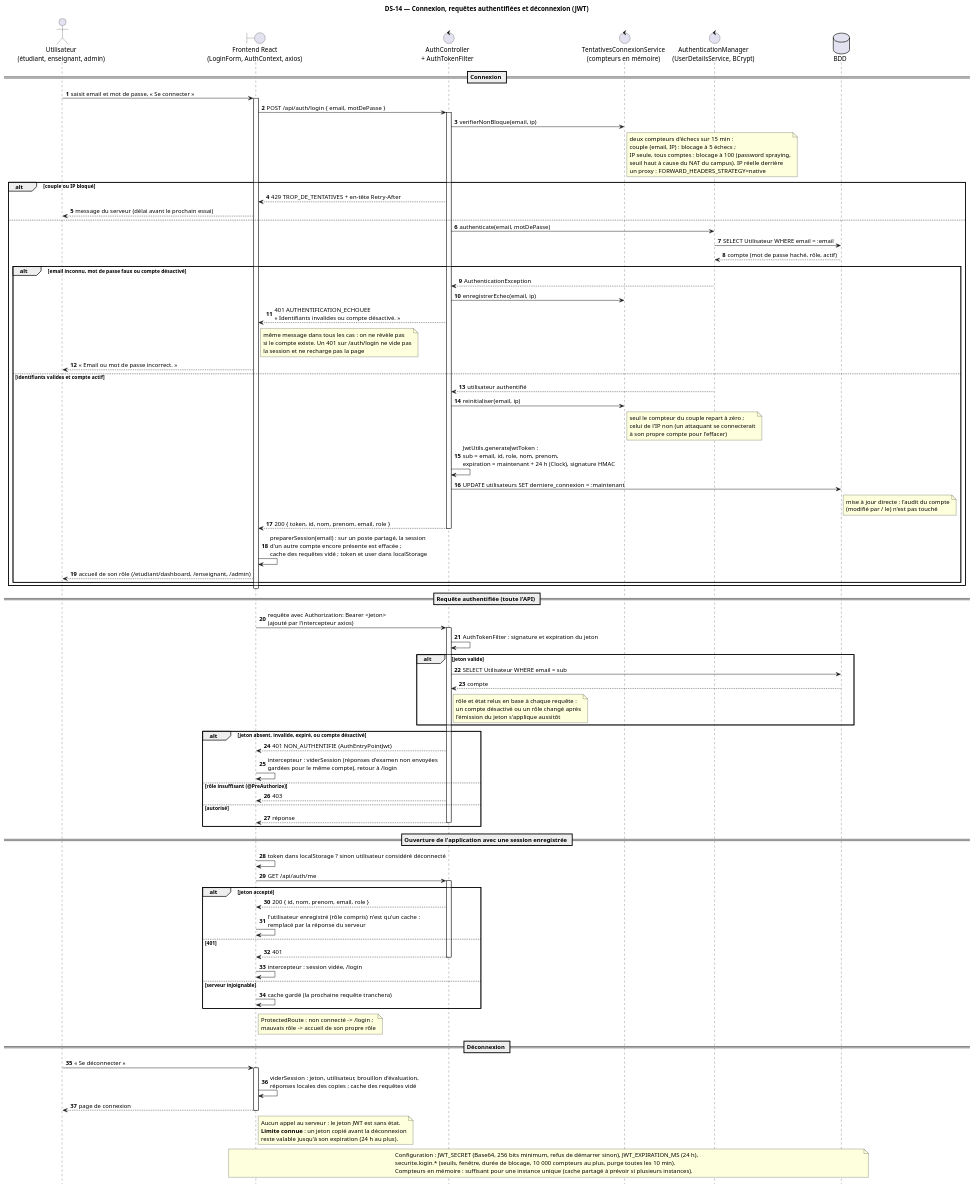
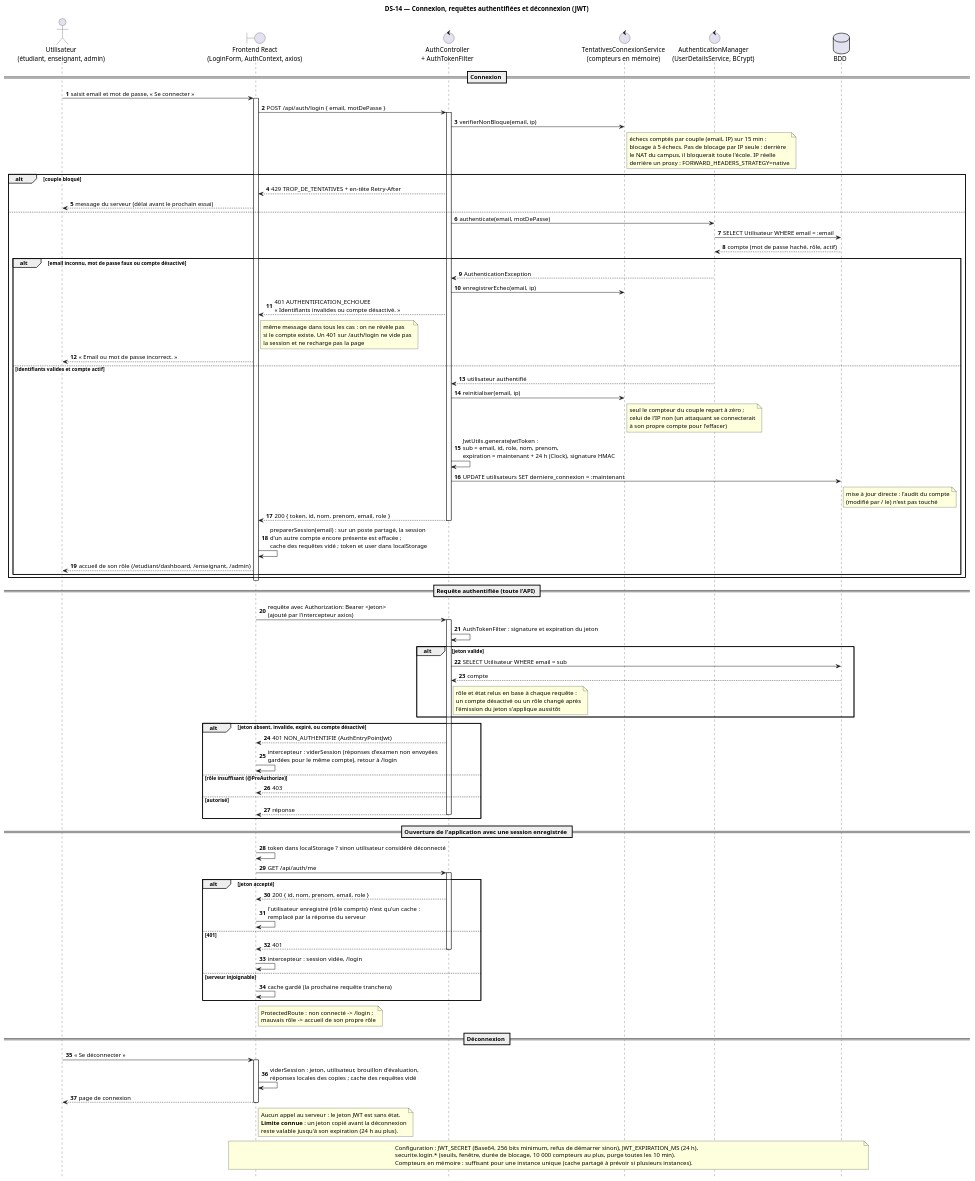
One commit to MorLeye75/eval-platform changed the diagram in docs/diagrammes-sequence/DS-14-connexion.puml. Above: the diagram before and after it, drawn with PlantUML. The commit also changed 4 other files, not shown here.

First line of the commit message:
fix(securite): blocage par IP seule retire, blocage par compte conserve

```diff
--- a/docs/diagrammes-sequence/DS-14-connexion.puml
+++ b/docs/diagrammes-sequence/DS-14-connexion.puml
@@ -1,101 +1,100 @@
 @startuml DS-14_connexion
 title DS-14 — Connexion, requêtes authentifiées et déconnexion (JWT)
 hide footbox
 autonumber
 actor "Utilisateur\n(étudiant, enseignant, admin)" as U
 boundary "Frontend React\n(LoginForm, AuthContext, axios)" as F
 control "AuthController\n+ AuthTokenFilter" as B
 control "TentativesConnexionService\n(compteurs en mémoire)" as TC
 control "AuthenticationManager\n(UserDetailsService, BCrypt)" as AM
 database "BDD" as D
 
 == Connexion ==
 U -> F : saisit email et mot de passe, « Se connecter »
 activate F
 F -> B ++ : POST /api/auth/login { email, motDePasse }
 B -> TC : verifierNonBloque(email, ip)
 note right of TC
-  deux compteurs d'échecs sur 15 min :
-  couple (email, IP) : blocage à 5 échecs ;
-  IP seule, tous comptes : blocage à 100 (password spraying,
-  seuil haut à cause du NAT du campus). IP réelle derrière
-  un proxy : FORWARD_HEADERS_STRATEGY=native
+  échecs comptés par couple (email, IP) sur 15 min :
+  blocage à 5 échecs. Pas de blocage par IP seule : derrière
+  le NAT du campus, il bloquerait toute l'école. IP réelle
+  derrière un proxy : FORWARD_HEADERS_STRATEGY=native
 end note
-alt couple ou IP bloqué
+alt couple bloqué
   B --> F : 429 TROP_DE_TENTATIVES + en-tête Retry-After
   F --> U : message du serveur (délai avant le prochain essai)
 else
   B -> AM : authenticate(email, motDePasse)
   AM -> D : SELECT Utilisateur WHERE email = :email
   D --> AM : compte (mot de passe haché, rôle, actif)
   alt email inconnu, mot de passe faux ou compte désactivé
     AM --> B : AuthenticationException
     B -> TC : enregistrerEchec(email, ip)
     B --> F : 401 AUTHENTIFICATION_ECHOUEE\n« Identifiants invalides ou compte désactivé. »
     note right of F : même message dans tous les cas : on ne révèle pas\nsi le compte existe. Un 401 sur /auth/login ne vide pas\nla session et ne recharge pas la page
     F --> U : « Email ou mot de passe incorrect. »
   else identifiants valides et compte actif
     AM --> B : utilisateur authentifié
     B -> TC : reinitialiser(email, ip)
     note right of TC : seul le compteur du couple repart à zéro ;\ncelui de l'IP non (un attaquant se connecterait\nà son propre compte pour l'effacer)
     B -> B : JwtUtils.generateJwtToken :\nsub = email, id, role, nom, prenom,\nexpiration = maintenant + 24 h (Clock), signature HMAC
     B -> D : UPDATE utilisateurs SET derniere_connexion = :maintenant
     note right of D : mise à jour directe : l'audit du compte\n(modifié par / le) n'est pas touché
     B --> F -- : 200 { token, id, nom, prenom, email, role }
     F -> F : preparerSession(email) : sur un poste partagé, la session\nd'un autre compte encore présente est effacée ;\ncache des requêtes vidé ; token et user dans localStorage
     F --> U : accueil de son rôle (/etudiant/dashboard, /enseignant, /admin)
   end
 end
 deactivate F
 
 == Requête authentifiée (toute l'API) ==
 F -> B ++ : requête avec Authorization: Bearer <jeton>\n(ajouté par l'intercepteur axios)
 B -> B : AuthTokenFilter : signature et expiration du jeton
 alt jeton valide
   B -> D : SELECT Utilisateur WHERE email = sub
   D --> B : compte
   note right of B : rôle et état relus en base à chaque requête :\nun compte désactivé ou un rôle changé après\nl'émission du jeton s'applique aussitôt
 end
 alt jeton absent, invalide, expiré, ou compte désactivé
   B --> F : 401 NON_AUTHENTIFIE (AuthEntryPointJwt)
   F -> F : intercepteur : viderSession (réponses d'examen non envoyées\ngardées pour le même compte), retour à /login
 else rôle insuffisant (@PreAuthorize)
   B --> F : 403
 else autorisé
   B --> F -- : réponse
 end
 
 == Ouverture de l'application avec une session enregistrée ==
 activate F
 F -> F : token dans localStorage ? sinon utilisateur considéré déconnecté
 F -> B ++ : GET /api/auth/me
 alt jeton accepté
   B --> F : 200 { id, nom, prenom, email, role }
   F -> F : l'utilisateur enregistré (rôle compris) n'est qu'un cache :\nremplacé par la réponse du serveur
 else 401
   B --> F -- : 401
   F -> F : intercepteur : session vidée, /login
 else serveur injoignable
   F -> F : cache gardé (la prochaine requête tranchera)
 end
 note right of F : ProtectedRoute : non connecté -> /login ;\nmauvais rôle -> accueil de son propre rôle
 deactivate F
 
 == Déconnexion ==
 U -> F : « Se déconnecter »
 activate F
 F -> F : viderSession : jeton, utilisateur, brouillon d'évaluation,\nréponses locales des copies ; cache des requêtes vidé
 F --> U : page de connexion
 deactivate F
 note right of F
   Aucun appel au serveur : le jeton JWT est sans état.
   **Limite connue** : un jeton copié avant la déconnexion
   reste valable jusqu'à son expiration (24 h au plus).
 end note
 
 note over F, D
   Configuration : JWT_SECRET (Base64, 256 bits minimum, refus de démarrer sinon), JWT_EXPIRATION_MS (24 h),
   securite.login.* (seuils, fenêtre, durée de blocage, 10 000 compteurs au plus, purge toutes les 10 min).
   Compteurs en mémoire : suffisant pour une instance unique (cache partagé à prévoir si plusieurs instances).
 end note
 @enduml
```
